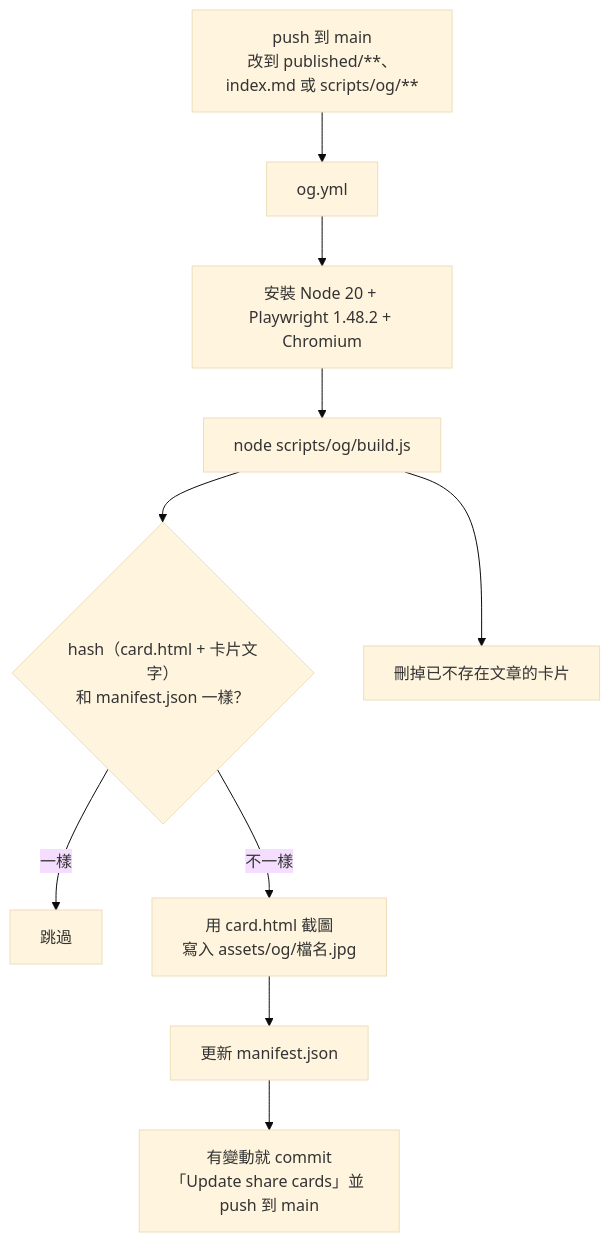
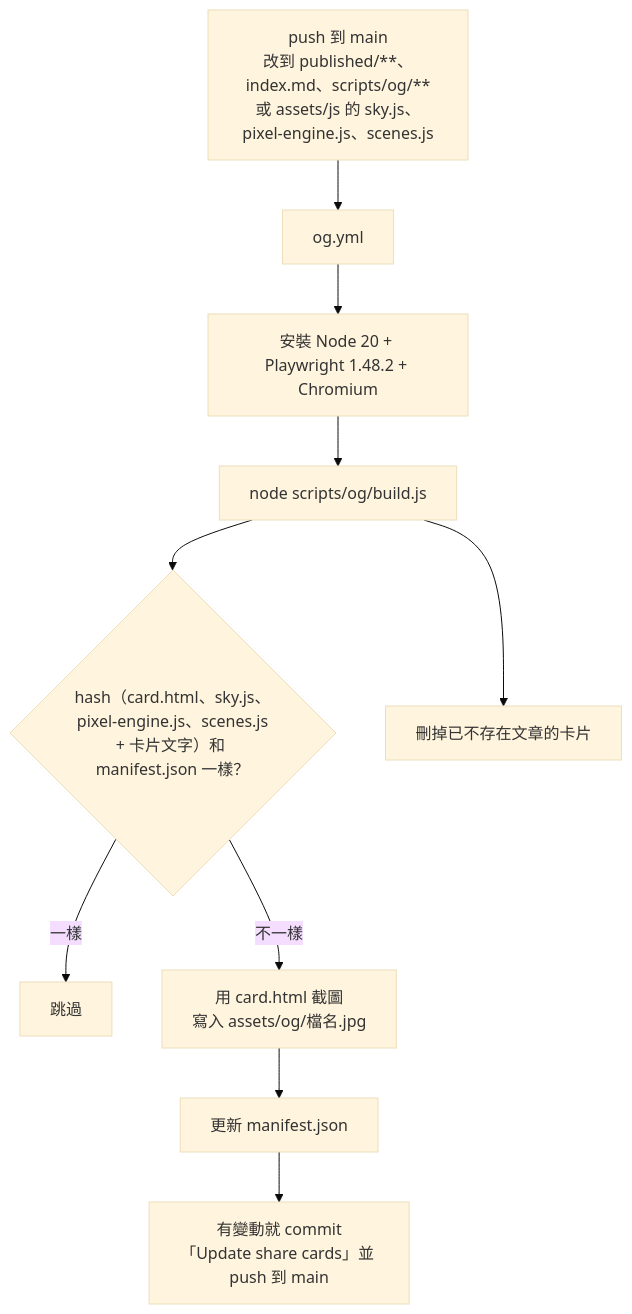
One commit to laiyenju/laiyenju.github.io changed the second of 3 diagrams in README.md. Above: the diagram before and after it, drawn with Mermaid (base theme). The commit also changed other lines of this file and 6 other files, not shown here.

````diff
--- a/README.md
+++ b/README.md
@@ -189,12 +189,12 @@
 ```mermaid
 flowchart TD
-  P["push 到 main<br/>改到 published/**、index.md 或 scripts/og/**"] --> W["og.yml"]
+  P["push 到 main<br/>改到 published/**、index.md、scripts/og/**<br/>或 assets/js 的 sky.js、pixel-engine.js、scenes.js"] --> W["og.yml"]
   W --> N["安裝 Node 20 + Playwright 1.48.2 + Chromium"]
   N --> B["node scripts/og/build.js"]
-  B --> H{"hash（card.html + 卡片文字）<br/>和 manifest.json 一樣？"}
+  B --> H{"hash（card.html、sky.js、pixel-engine.js、scenes.js<br/>+ 卡片文字）和 manifest.json 一樣？"}
   H -- 一樣 --> S["跳過"]
   H -- 不一樣 --> R["用 card.html 截圖<br/>寫入 assets/og/檔名.jpg"]
   B --> X["刪掉已不存在文章的卡片"]
   R --> M["更新 manifest.json"]
   M --> C["有變動就 commit<br/>「Update share cards」並 push 到 main"]
 ```
````
